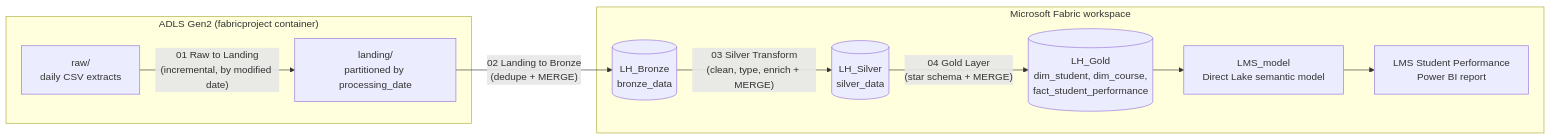
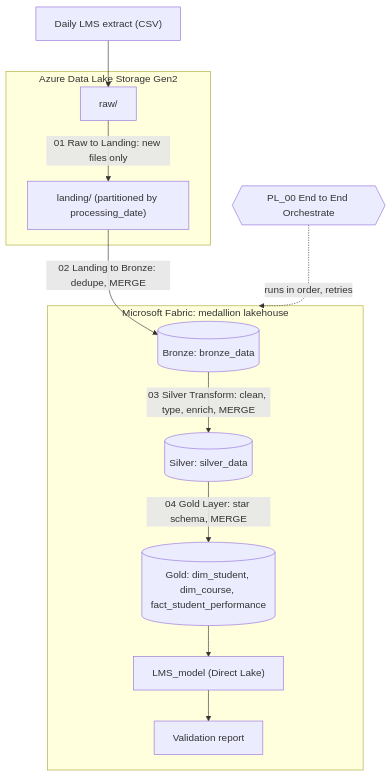
One commit to anson4747/fabric-lms-medallion-pipeline changed the first of 2 diagrams in README.md. Above: the diagram before and after it, drawn with Mermaid. The commit also changed other lines of this file and 1 other file, not shown here.

````diff
--- a/README.md
+++ b/README.md
@@ -13,19 +28,14 @@
 ```mermaid
-flowchart LR
-    subgraph ADLS["ADLS Gen2 (fabricproject container)"]
-        RAW["raw/<br/>daily CSV extracts"]
-        LAND["landing/<br/>partitioned by processing_date"]
+flowchart TB
+    SRC["Daily LMS extract (CSV)"] --> RAW
+    subgraph ADLS["Azure Data Lake Storage Gen2"]
+        RAW["raw/"] -- "01 Raw to Landing: new files only" --> LAND["landing/ (partitioned by processing_date)"]
     end
-    subgraph FABRIC["Microsoft Fabric workspace"]
-        BR[("LH_Bronze<br/>bronze_data")]
-        SI[("LH_Silver<br/>silver_data")]
-        GO[("LH_Gold<br/>dim_student, dim_course,<br/>fact_student_performance")]
-        SM["LMS_model<br/>Direct Lake semantic model"]
-        RP["LMS Student Performance<br/>Power BI report"]
+    subgraph FABRIC["Microsoft Fabric: medallion lakehouse"]
+        BR[("Bronze: bronze_data")] -- "03 Silver Transform: clean, type, enrich, MERGE" --> SI[("Silver: silver_data")]
+        SI -- "04 Gold Layer: star schema, MERGE" --> GO[("Gold: dim_student, dim_course, fact_student_performance")]
+        GO --> SM["LMS_model (Direct Lake)"] --> RP["Validation report"]
     end
-    RAW -- "01 Raw to Landing<br/>(incremental, by modified date)" --> LAND
-    LAND -- "02 Landing to Bronze<br/>(dedupe + MERGE)" --> BR
-    BR -- "03 Silver Transform<br/>(clean, type, enrich + MERGE)" --> SI
-    SI -- "04 Gold Layer<br/>(star schema + MERGE)" --> GO
-    GO --> SM --> RP
+    LAND -- "02 Landing to Bronze: dedupe, MERGE" --> BR
+    ORCH{{"PL_00 End to End Orchestrate"}} -. "runs in order, retries" .-> FABRIC
 ```
````
